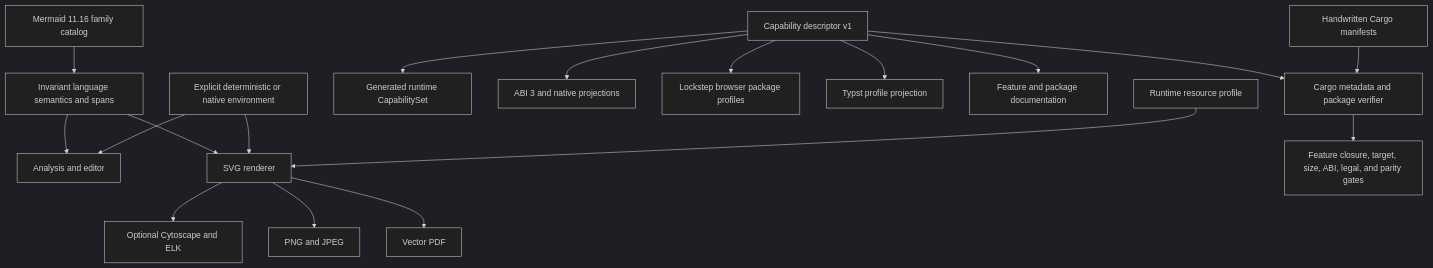
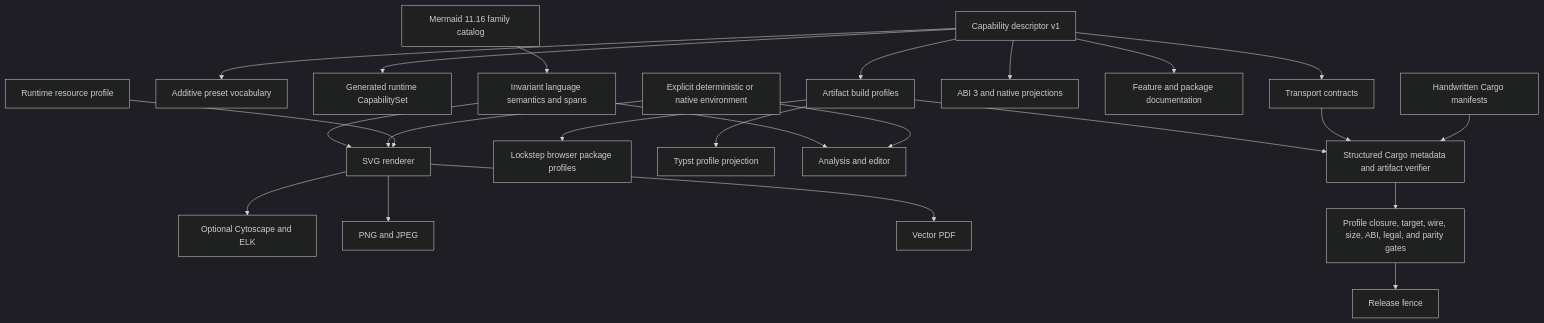
One commit to Latias94/merman changed the diagram in docs/plans/2026-07-22-001-refactor-capability-driven-feature-and-distribution-architecture-plan.md. Above: the diagram before and after it, drawn with Mermaid (dark theme). The commit also changed other lines of this file, not shown here.

First line of the commit message:
docs(plan): harden artifact and transport contracts

````diff
--- a/docs/plans/2026-07-22-001-refactor-capability-driven-feature-and-distribution-architecture-plan.md
+++ b/docs/plans/2026-07-22-001-refactor-capability-driven-feature-and-distribution-architecture-plan.md
@@ -277,20 +330,25 @@
 ```mermaid
 flowchart TB
     Mermaid[Mermaid 11.16 family catalog] --> Language[Invariant language semantics and spans]
-    Capability[Capability descriptor v1] --> Verify[Cargo metadata and package verifier]
+    Capability[Capability descriptor v1] --> Presets[Additive preset vocabulary]
+    Capability --> Runtime[Generated runtime CapabilitySet]
+    Capability --> Profiles[Artifact build profiles]
+    Capability --> Transports[Transport contracts]
+    Profiles --> Verify[Structured Cargo metadata and artifact verifier]
+    Transports --> Verify
     Manifests[Handwritten Cargo manifests] --> Verify
-    Capability --> Runtime[Generated runtime CapabilitySet]
     Capability --> Native[ABI 3 and native projections]
-    Capability --> Browser[Lockstep browser package profiles]
-    Capability --> Typst[Typst profile projection]
+    Profiles --> Browser[Lockstep browser package profiles]
+    Profiles --> Typst[Typst profile projection]
     Capability --> Docs[Feature and package documentation]
     Language --> Analysis[Analysis and editor]
     Language --> Svg[SVG renderer]
     Svg --> Layouts[Optional Cytoscape and ELK]
     Svg --> Bitmap[PNG and JPEG]
     Svg --> Pdf[Vector PDF]
     Environment[Explicit deterministic or native environment] --> Analysis
     Environment --> Svg
     Resources[Runtime resource profile] --> Svg
-    Verify --> Gates[Feature closure, target, size, ABI, legal, and parity gates]
+    Verify --> Gates[Profile closure, target, wire, size, ABI, legal, and parity gates]
+    Gates --> Release[Release fence]
 ```
````
